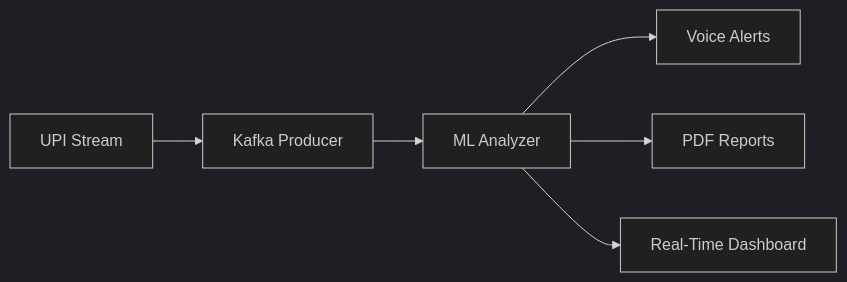
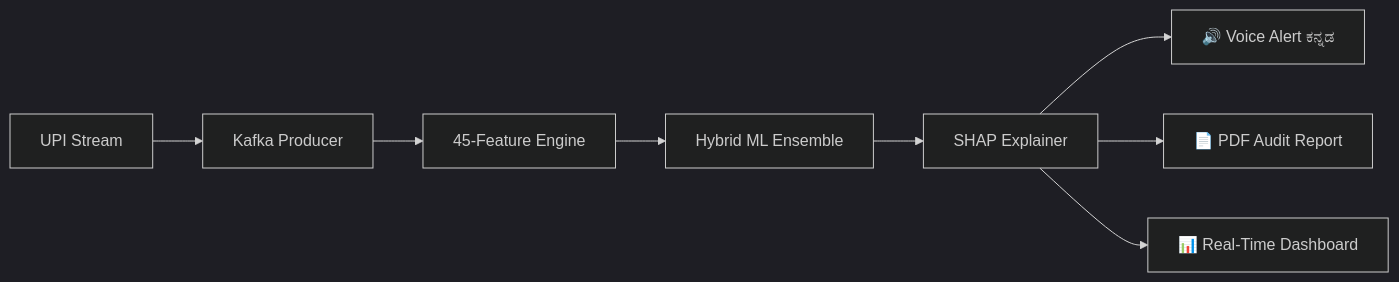
The diagram in README.md (Yashaswini-V21/Pay_Sentinel), drawn with Mermaid (dark theme) before and after one commit. The commit also changed other lines of this file, not shown here.

````diff
--- a/README.md
+++ b/README.md
@@ -51,8 +165,10 @@
 ```mermaid
 graph LR
     A[UPI Stream] --> B[Kafka Producer]
-    B --> C[ML Analyzer]
-    C --> D[Voice Alerts]
-    C --> E[PDF Reports]
-    C --> F[Real-Time Dashboard]
+    B --> C[45-Feature Engine]
+    C --> D[Hybrid ML Ensemble]
+    D --> E[SHAP Explainer]
+    E --> F[🔊 Voice Alert ಕನ್ನಡ]
+    E --> G[📄 PDF Audit Report]
+    E --> H[📊 Real-Time Dashboard]
 ```
````
